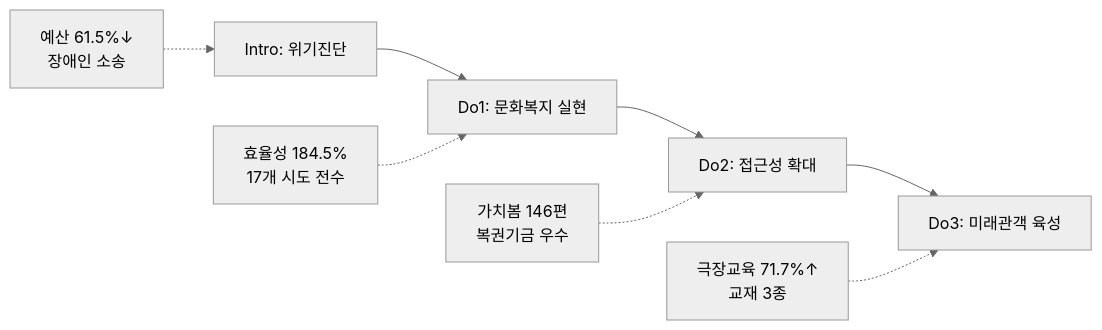
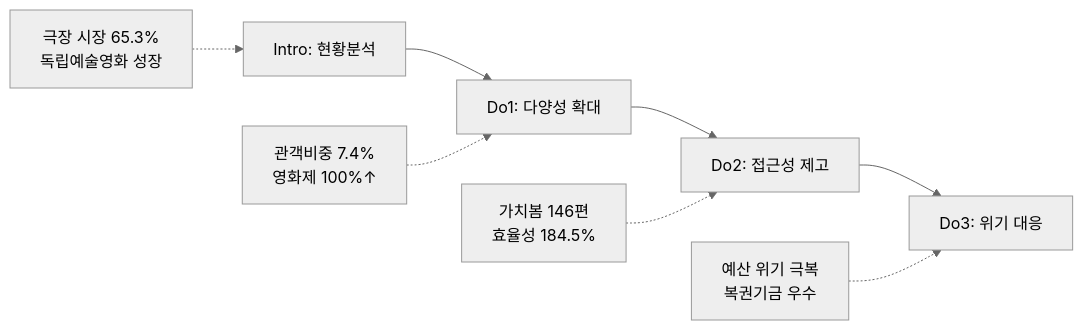
Before and after one commit to lizard4r/eval25: the diagram in content/25년 경평/2_지표별 자료/2-3_영화문화_가치확산/6_실행(Do)_작성_방안.md, drawn with Mermaid (neutral theme). The commit also changed other lines of this file and 53 other files, not shown here.

````diff
--- a/content/25년 경평/2_지표별 자료/2-3_영화문화_가치확산/6_실행(Do)_작성_방안.md
+++ b/content/25년 경평/2_지표별 자료/2-3_영화문화_가치확산/6_실행(Do)_작성_방안.md
@@ -57,11 +58,11 @@
 ```mermaid
 graph LR
-    A["Intro: 위기진단"] --> B["Do1: 문화복지 실현"]
-    B --> C["Do2: 접근성 확대"]
-    C --> D["Do3: 미래관객 육성"]
+    A["Intro: 현황분석"] --> B["Do1: 다양성 확대"]
+    B --> C["Do2: 접근성 제고"]
+    C --> D["Do3: 위기 대응"]
     
-    A1["예산 61.5%↓<br>장애인 소송"] -.-> A
-    B1["효율성 184.5%<br>17개 시도 전수"] -.-> B
-    C1["가치봄 146편<br>복권기금 우수"] -.-> C
-    D1["극장교육 71.7%↑<br>교재 3종"] -.-> D
+    A1["극장 시장 65.3%<br>독립예술영화 성장"] -.-> A
+    B1["관객비중 7.4%<br>영화제 100%↑"] -.-> B
+    C1["가치봄 146편<br>효율성 184.5%"] -.-> C
+    D1["예산 위기 극복<br>복권기금 우수"] -.-> D
 ```
````
